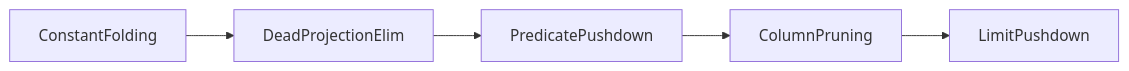
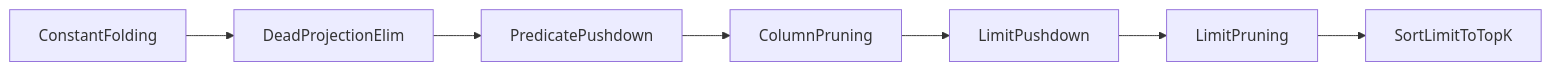
Before and after one commit to jessi-sidhu/plume: the second of 2 diagrams in README.md, drawn with Mermaid. The commit also changed other lines of this file, not shown here.

First line of the commit message:
Rewrite the README around the pruning results

````diff
--- a/README.md
+++ b/README.md
@@ -92,7 +188,9 @@
 ```mermaid
 flowchart LR
     F[ConstantFolding] --> G[DeadProjectionElim]
     G --> H[PredicatePushdown]
     H --> I[ColumnPruning]
     I --> J[LimitPushdown]
+    J --> K[LimitPruning]
+    K --> L[SortLimitToTopK]
 ```
````
